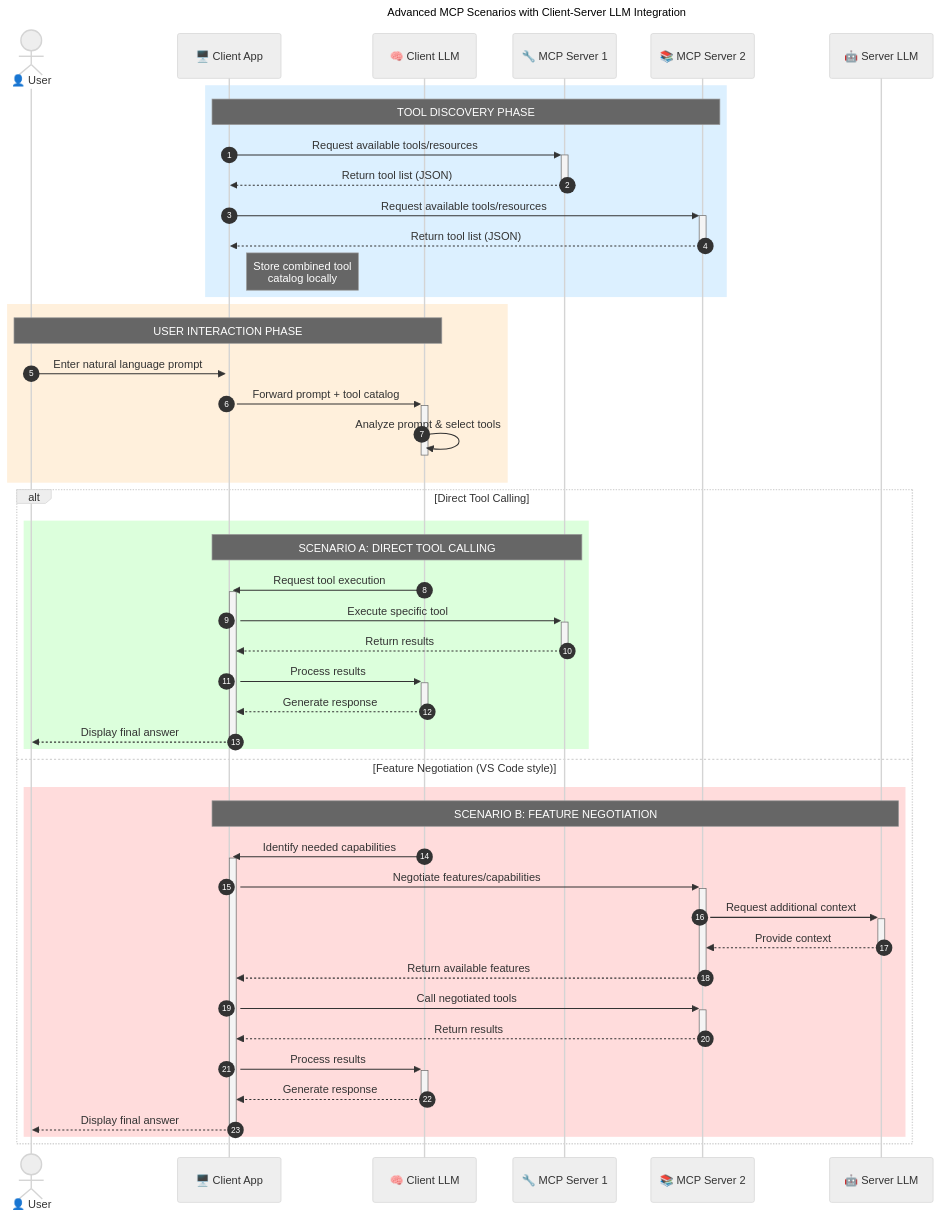
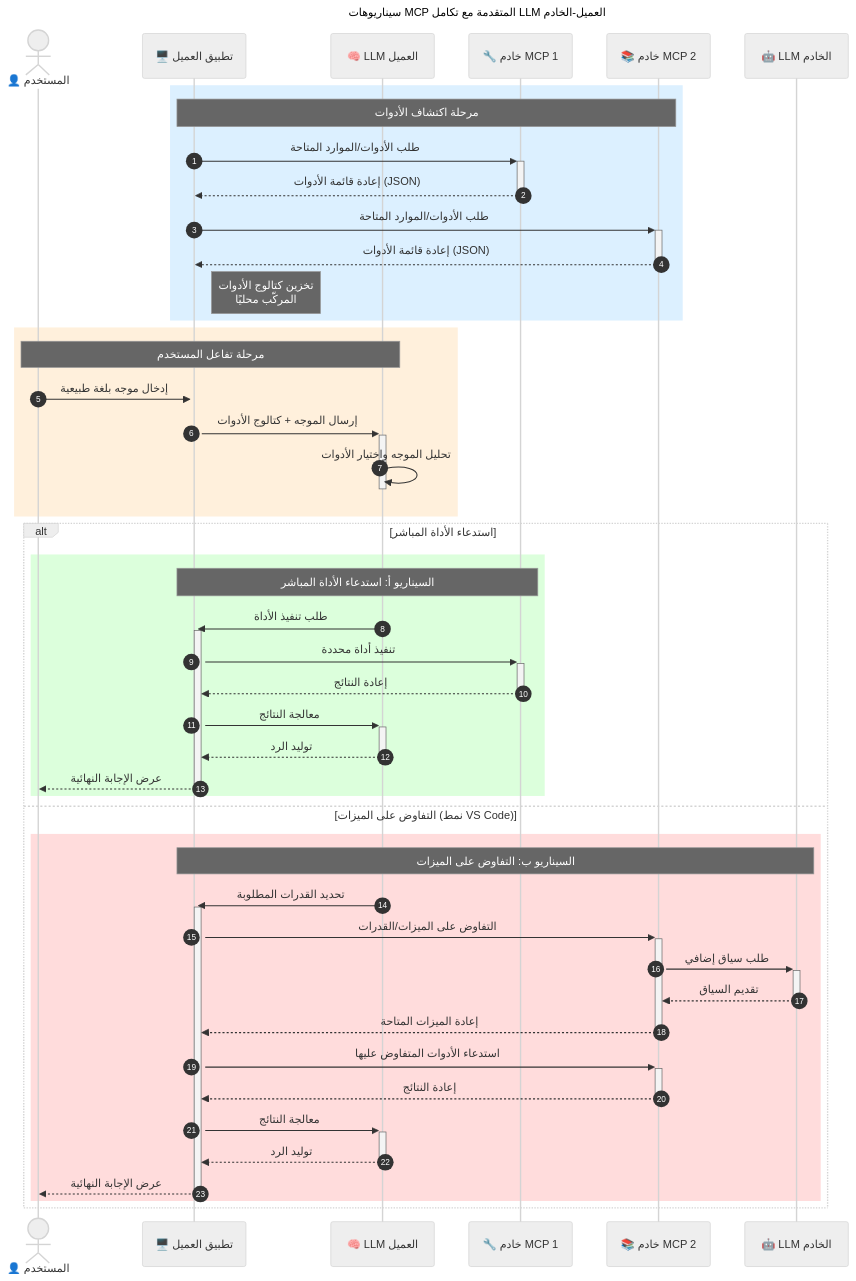
One commit to Mu-L/mcp-for-beginners changed the third of 3 diagrams in translations/ar/00-Introduction/README.md. Above: the diagram before and after it, drawn with Mermaid (neutral theme). The commit also changed other lines of this file and 110 other files, not shown here.

````diff
--- a/translations/ar/00-Introduction/README.md
+++ b/translations/ar/00-Introduction/README.md
@@ -220,61 +228,61 @@
 ```mermaid
 ---
-title: Advanced MCP Scenarios with Client-Server LLM Integration
-description: A sequence diagram showing the detailed interaction flow between user, client application, client LLM, multiple MCP servers, and server LLM, illustrating tool discovery, user interaction, direct tool calling, and feature negotiation phases
+title: سيناريوهات MCP المتقدمة مع تكامل LLM العميل-الخادم
+description: رسم بياني لتسلسل يوضح تدفق التفاعل التفصيلي بين المستخدم، تطبيق العميل، LLM العميل، عدة خوادم MCP، و LLM الخادم، موضحًا اكتشاف الأدوات، تفاعل المستخدم، استدعاء الأدوات المباشر، ومراحل التفاوض على الميزات
 ---
 sequenceDiagram
     autonumber
-    actor User as 👤 User
-    participant ClientApp as 🖥️ Client App
-    participant ClientLLM as 🧠 Client LLM
-    participant Server1 as 🔧 MCP Server 1
-    participant Server2 as 📚 MCP Server 2
-    participant ServerLLM as 🤖 Server LLM
+    actor User as 👤 المستخدم
+    participant ClientApp as 🖥️ تطبيق العميل
+    participant ClientLLM as 🧠 LLM العميل
+    participant Server1 as 🔧 خادم MCP 1
+    participant Server2 as 📚 خادم MCP 2
+    participant ServerLLM as 🤖 LLM الخادم
     
     %% Discovery Phase
     rect rgb(220, 240, 255)
-        Note over ClientApp, Server2: TOOL DISCOVERY PHASE
-        ClientApp->>+Server1: Request available tools/resources
-        Server1-->>-ClientApp: Return tool list (JSON)
-        ClientApp->>+Server2: Request available tools/resources
-        Server2-->>-ClientApp: Return tool list (JSON)
-        Note right of ClientApp: Store combined tool<br/>catalog locally
+        Note over ClientApp, Server2: مرحلة اكتشاف الأدوات
+        ClientApp->>+Server1: طلب الأدوات/الموارد المتاحة
+        Server1-->>-ClientApp: إعادة قائمة الأدوات (JSON)
+        ClientApp->>+Server2: طلب الأدوات/الموارد المتاحة
+        Server2-->>-ClientApp: إعادة قائمة الأدوات (JSON)
+        Note right of ClientApp: تخزين كتالوج الأدوات<br/>المركّب محليًا
     end
     
     %% User Interaction
     rect rgb(255, 240, 220)
-        Note over User, ClientLLM: USER INTERACTION PHASE
-        User->>+ClientApp: Enter natural language prompt
-        ClientApp->>+ClientLLM: Forward prompt + tool catalog
-        ClientLLM->>-ClientLLM: Analyze prompt & select tools
+        Note over User, ClientLLM: مرحلة تفاعل المستخدم
+        User->>+ClientApp: إدخال موجه بلغة طبيعية
+        ClientApp->>+ClientLLM: إرسال الموجه + كتالوج الأدوات
+        ClientLLM->>-ClientLLM: تحليل الموجه واختيار الأدوات
     end
     
     %% Scenario A: Direct Tool Calling
-    alt Direct Tool Calling
+    alt استدعاء الأداة المباشر
         rect rgb(220, 255, 220)
-            Note over ClientApp, Server1: SCENARIO A: DIRECT TOOL CALLING
-            ClientLLM->>+ClientApp: Request tool execution
-            ClientApp->>+Server1: Execute specific tool
-            Server1-->>-ClientApp: Return results
-            ClientApp->>+ClientLLM: Process results
-            ClientLLM-->>-ClientApp: Generate response
-            ClientApp-->>-User: Display final answer
+            Note over ClientApp, Server1: السيناريو أ: استدعاء الأداة المباشر
+            ClientLLM->>+ClientApp: طلب تنفيذ الأداة
+            ClientApp->>+Server1: تنفيذ أداة محددة
+            Server1-->>-ClientApp: إعادة النتائج
+            ClientApp->>+ClientLLM: معالجة النتائج
+            ClientLLM-->>-ClientApp: توليد الرد
+            ClientApp-->>-User: عرض الإجابة النهائية
         end
     
     %% Scenario B: Feature Negotiation (VS Code style)
-    else Feature Negotiation (VS Code style)
+    else التفاوض على الميزات (نمط VS Code)
         rect rgb(255, 220, 220)
-            Note over ClientApp, ServerLLM: SCENARIO B: FEATURE NEGOTIATION
-            ClientLLM->>+ClientApp: Identify needed capabilities
-            ClientApp->>+Server2: Negotiate features/capabilities
-            Server2->>+ServerLLM: Request additional context
-            ServerLLM-->>-Server2: Provide context
-            Server2-->>-ClientApp: Return available features
-            ClientApp->>+Server2: Call negotiated tools
-            Server2-->>-ClientApp: Return results
-            ClientApp->>+ClientLLM: Process results
-            ClientLLM-->>-ClientApp: Generate response
-            ClientApp-->>-User: Display final answer
+            Note over ClientApp, ServerLLM: السيناريو ب: التفاوض على الميزات
+            ClientLLM->>+ClientApp: تحديد القدرات المطلوبة
+            ClientApp->>+Server2: التفاوض على الميزات/القدرات
+            Server2->>+ServerLLM: طلب سياق إضافي
+            ServerLLM-->>-Server2: تقديم السياق
+            Server2-->>-ClientApp: إعادة الميزات المتاحة
+            ClientApp->>+Server2: استدعاء الأدوات المتفاوض عليها
+            Server2-->>-ClientApp: إعادة النتائج
+            ClientApp->>+ClientLLM: معالجة النتائج
+            ClientLLM-->>-ClientApp: توليد الرد
+            ClientApp-->>-User: عرض الإجابة النهائية
         end
     end
 ```
````
